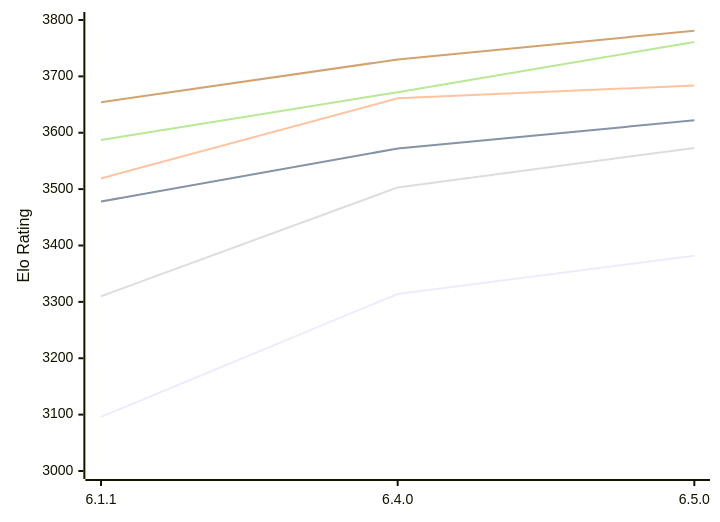
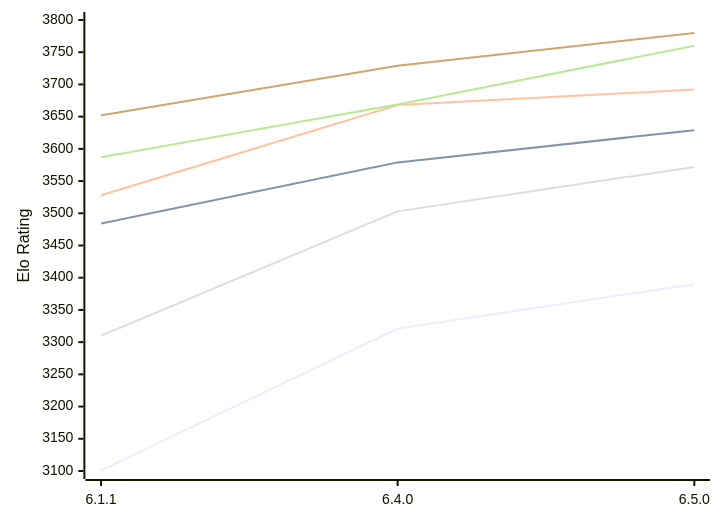
Before and after one commit to computer-chess-index/cci: the first of 2 diagrams in engines/Zigqueen.md, drawn with Mermaid. The commit also changed other lines of this file, not shown here.

Commit message:
Update CCI Ratings (ELO VLTC) - 2026-11-10

````diff
--- a/engines/Zigqueen.md
+++ b/engines/Zigqueen.md
@@ -55,12 +55,12 @@
 ```mermaid
 %%{init: {"theme":"base","themeVariables":{"seriesColors:['#a3a3a3','#222221','#faa371']}}}%%
 xychart-beta
   x-axis ["6.1.1", "6.4.0", "6.5.0"]
-  y-axis "Elo Rating" 3000 --> 3800
-  line "E1: STC (8.0+0.08s)" [3096, 3314, 3382]
-  line "E1: LTC (60.0+0.60s)" [3478, 3572, 3622]
-  line "E1: VLTC (2m24s+1.12s)" [3519, 3661, 3684]
-  line "P1: STC (8.0+0.08s)" [3310, 3503, 3573]
-  line "P1: LTC (60.0+0.60s)" [3587, 3672, 3761]
-  line "P1: VLTC (2m24s+1.12s)" [3654, 3730, 3781]
+  y-axis "Elo Rating" 3100 --> 3800
+  line "E1: STC (8.0+0.08s)" [3101, 3321, 3390]
+  line "E1: LTC (60.0+0.60s)" [3484, 3579, 3629]
+  line "E1: VLTC (2m24s+1.12s)" [3528, 3668, 3692]
+  line "P1: STC (8.0+0.08s)" [3310, 3503, 3572]
+  line "P1: LTC (60.0+0.60s)" [3587, 3669, 3760]
+  line "P1: VLTC (2m24s+1.12s)" [3652, 3729, 3780]
 ```
````
